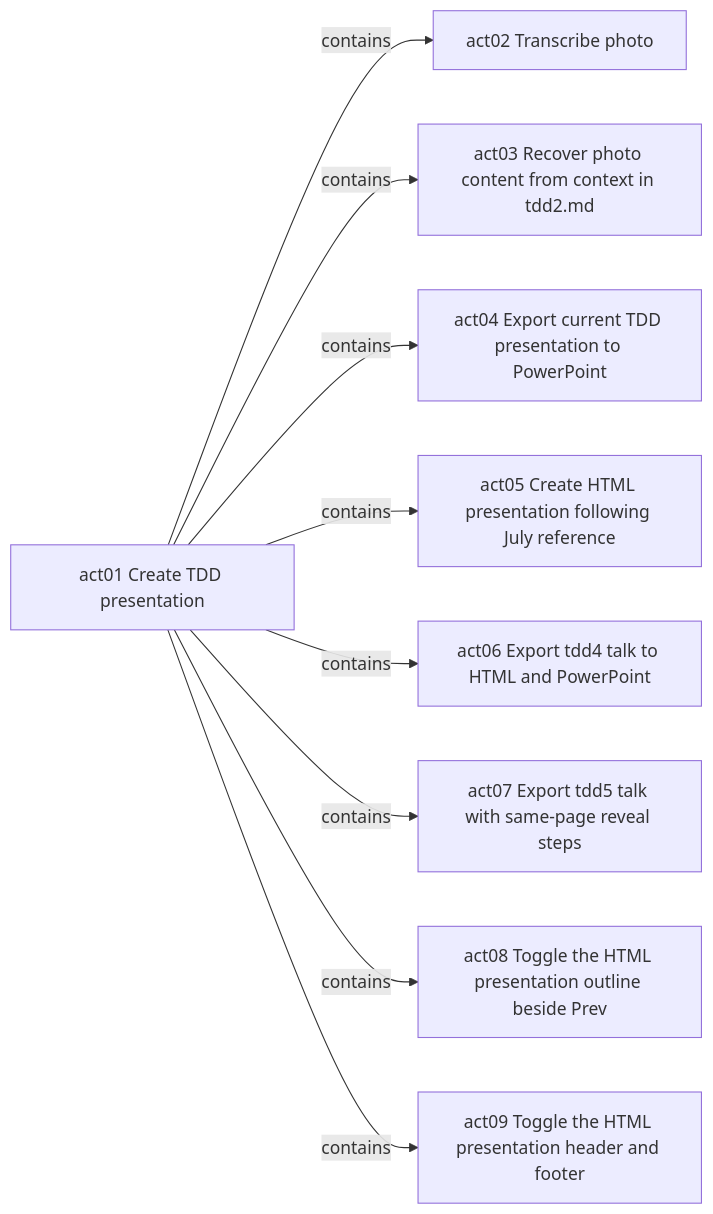
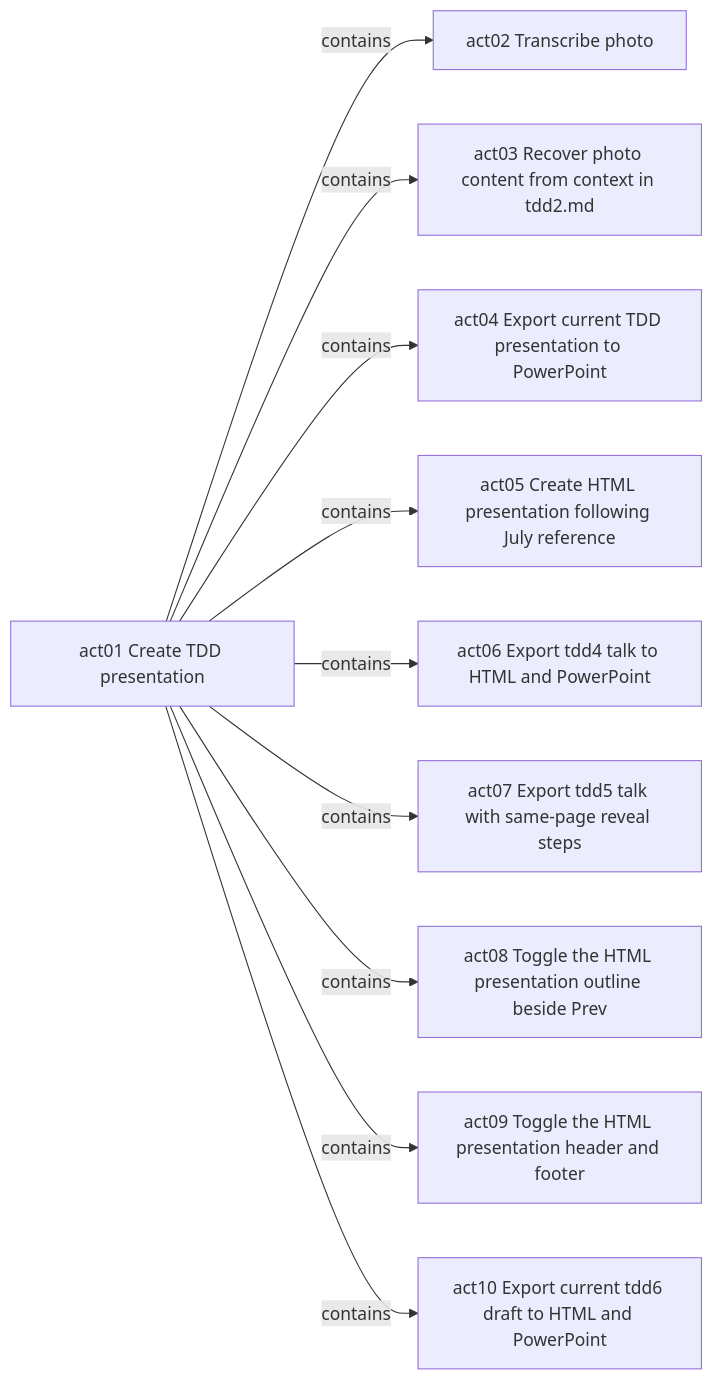
The diagram in .act/acts.md (raisercostin/tdd-talk), drawn with Mermaid before and after one commit. The commit also changed other lines of this file and 4 other files, not shown here.

````diff
--- a/.act/acts.md
+++ b/.act/acts.md
@@ -79,20 +87,22 @@
 ```mermaid
 flowchart LR
   act01["act01 Create TDD presentation"]
   act02["act02 Transcribe photo"]
   act03["act03 Recover photo content from context in tdd2.md"]
   act04["act04 Export current TDD presentation to PowerPoint"]
   act05["act05 Create HTML presentation following July reference"]
   act06["act06 Export tdd4 talk to HTML and PowerPoint"]
   act07["act07 Export tdd5 talk with same-page reveal steps"]
   act08["act08 Toggle the HTML presentation outline beside Prev"]
   act09["act09 Toggle the HTML presentation header and footer"]
+  act10["act10 Export current tdd6 draft to HTML and PowerPoint"]
   act01 -->|contains| act02
   act01 -->|contains| act03
   act01 -->|contains| act04
   act01 -->|contains| act05
   act01 -->|contains| act06
   act01 -->|contains| act07
   act01 -->|contains| act08
   act01 -->|contains| act09
+  act01 -->|contains| act10
 ```
````
